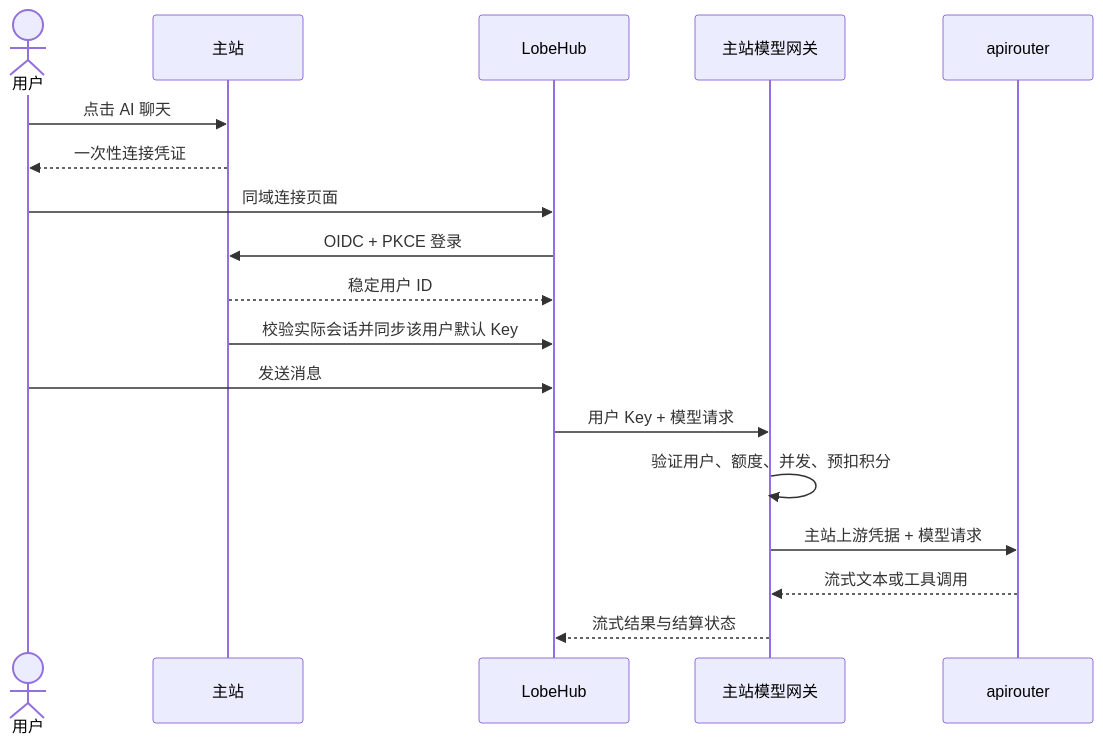
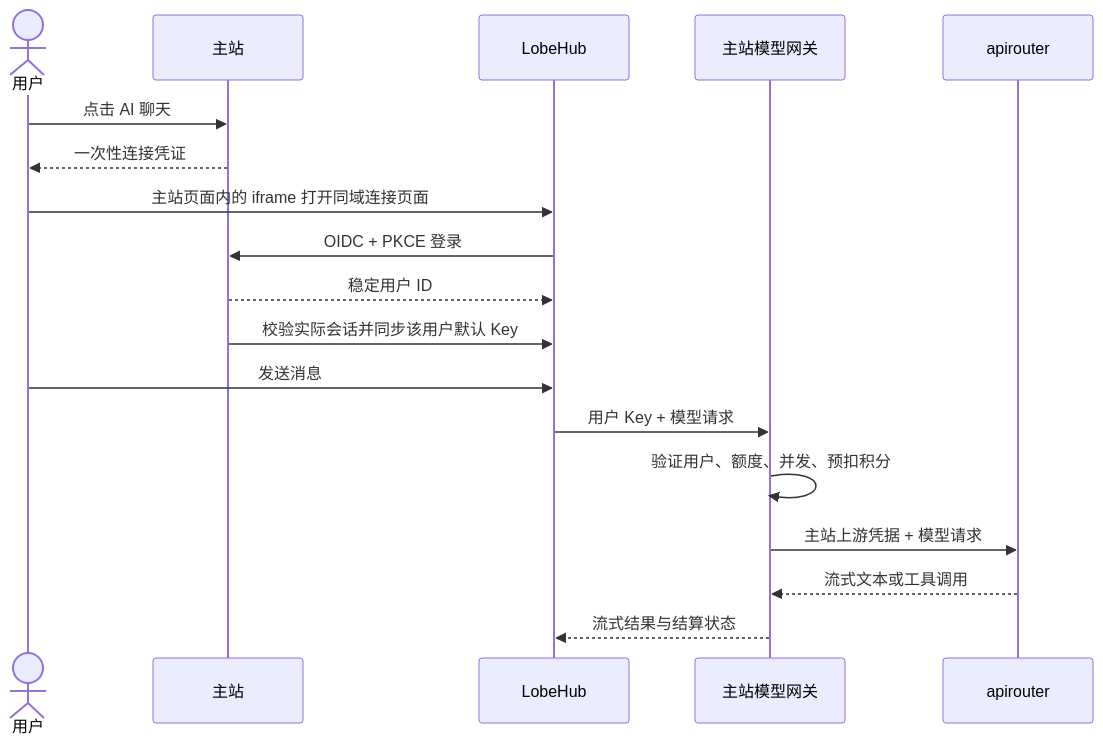
One commit to vit4Ss/tide-canvas changed the diagram in deploy/lobehub-integration/README.md. Above: the diagram before and after it, drawn with Mermaid. The commit also changed other lines of this file and 6 other files, not shown here.

````diff
--- a/deploy/lobehub-integration/README.md
+++ b/deploy/lobehub-integration/README.md
@@ -11,20 +11,20 @@
 ```mermaid
 sequenceDiagram
     actor U as 用户
     participant M as 主站
     participant L as LobeHub
     participant G as 主站模型网关
     participant R as apirouter
     U->>M: 点击 AI 聊天
     M-->>U: 一次性连接凭证
-    U->>L: 同域连接页面
+    U->>L: 主站页面内的 iframe 打开同域连接页面
     L->>M: OIDC + PKCE 登录
     M-->>L: 稳定用户 ID
     M->>L: 校验实际会话并同步该用户默认 Key
     U->>L: 发送消息
     L->>G: 用户 Key + 模型请求
     G->>G: 验证用户、额度、并发、预扣积分
     G->>R: 主站上游凭据 + 模型请求
     R-->>G: 流式文本或工具调用
     G-->>L: 流式结果与结算状态
 ```
````
